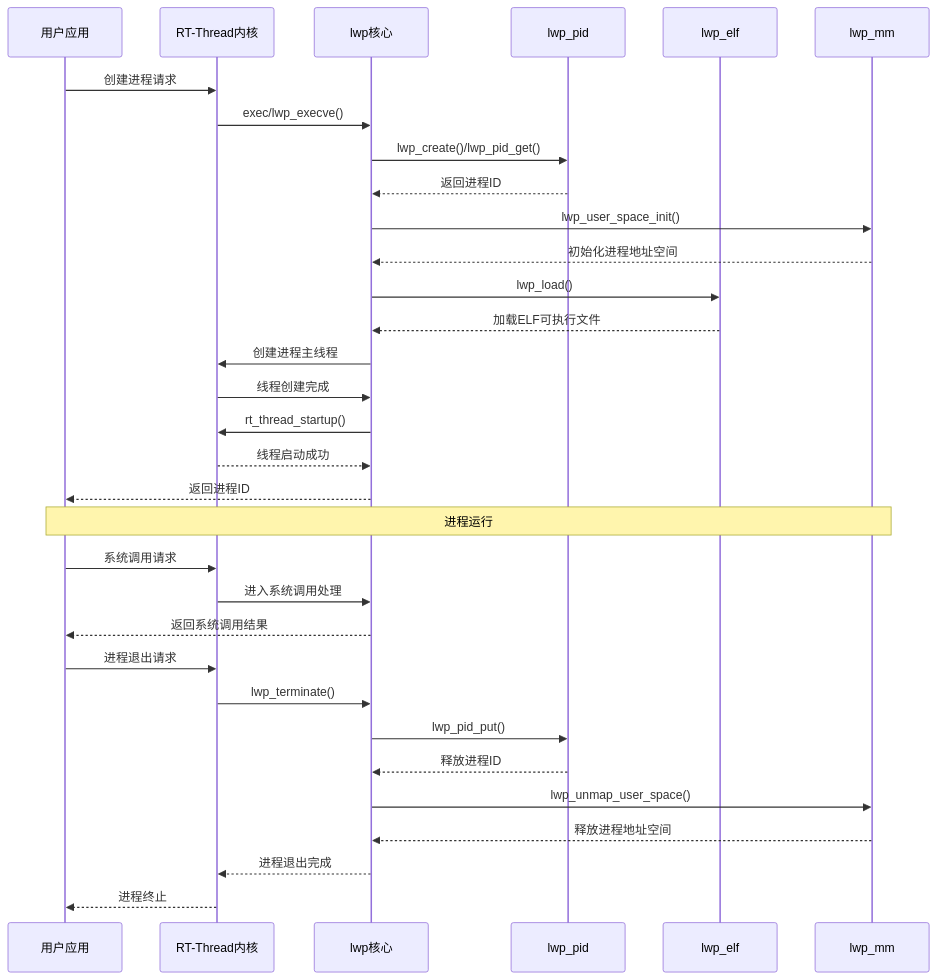
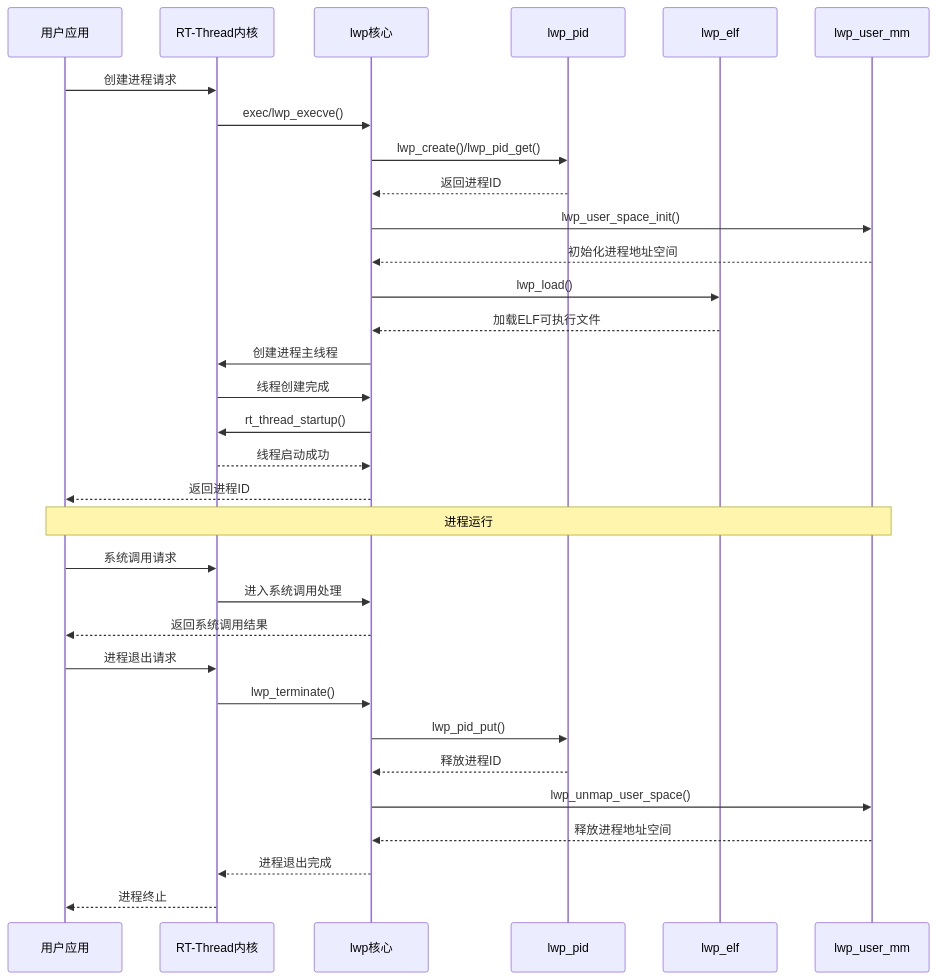
The second of 2 diagrams in docs/components/lwp.md (E1PsyCongroo/qemu-edu), drawn with Mermaid before and after one commit. The commit also changed other lines of this file and 6 other files, not shown here.

````diff
--- a/docs/components/lwp.md
+++ b/docs/components/lwp.md
@@ -5,45 +45,45 @@
 ```mermaid
 sequenceDiagram
     participant 用户应用
     participant RT-Thread内核
     participant lwp核心
     participant lwp_pid
     participant lwp_elf
-    participant lwp_mm
+    participant lwp_user_mm
     
     用户应用->>RT-Thread内核: 创建进程请求
     RT-Thread内核->>lwp核心: exec/lwp_execve()
     lwp核心->>lwp_pid: lwp_create()/lwp_pid_get()
     lwp_pid-->>lwp核心: 返回进程ID
     
-    lwp核心->>lwp_mm: lwp_user_space_init()
-    lwp_mm-->>lwp核心: 初始化进程地址空间
+    lwp核心->>lwp_user_mm: lwp_user_space_init()
+    lwp_user_mm-->>lwp核心: 初始化进程地址空间
     
     lwp核心->>lwp_elf: lwp_load()
     lwp_elf-->>lwp核心: 加载ELF可执行文件
     
     lwp核心->>RT-Thread内核: 创建进程主线程
     RT-Thread内核->>lwp核心: 线程创建完成
     
     lwp核心->>RT-Thread内核: rt_thread_startup()
     RT-Thread内核-->>lwp核心: 线程启动成功
     
     lwp核心-->>用户应用: 返回进程ID
     
-    Note over 用户应用,lwp_mm: 进程运行
+    Note over 用户应用,lwp_user_mm: 进程运行
     
     用户应用->>RT-Thread内核: 系统调用请求
     RT-Thread内核->>lwp核心: 进入系统调用处理
     lwp核心-->>用户应用: 返回系统调用结果
     
     用户应用->>RT-Thread内核: 进程退出请求
     RT-Thread内核->>lwp核心: lwp_terminate()
     lwp核心->>lwp_pid: lwp_pid_put()
     lwp_pid-->>lwp核心: 释放进程ID
     
-    lwp核心->>lwp_mm: lwp_unmap_user_space()
-    lwp_mm-->>lwp核心: 释放进程地址空间
+    lwp核心->>lwp_user_mm: lwp_unmap_user_space()
+    lwp_user_mm-->>lwp核心: 释放进程地址空间
     
     lwp核心-->>RT-Thread内核: 进程退出完成
     RT-Thread内核-->>用户应用: 进程终止
 ```
````
